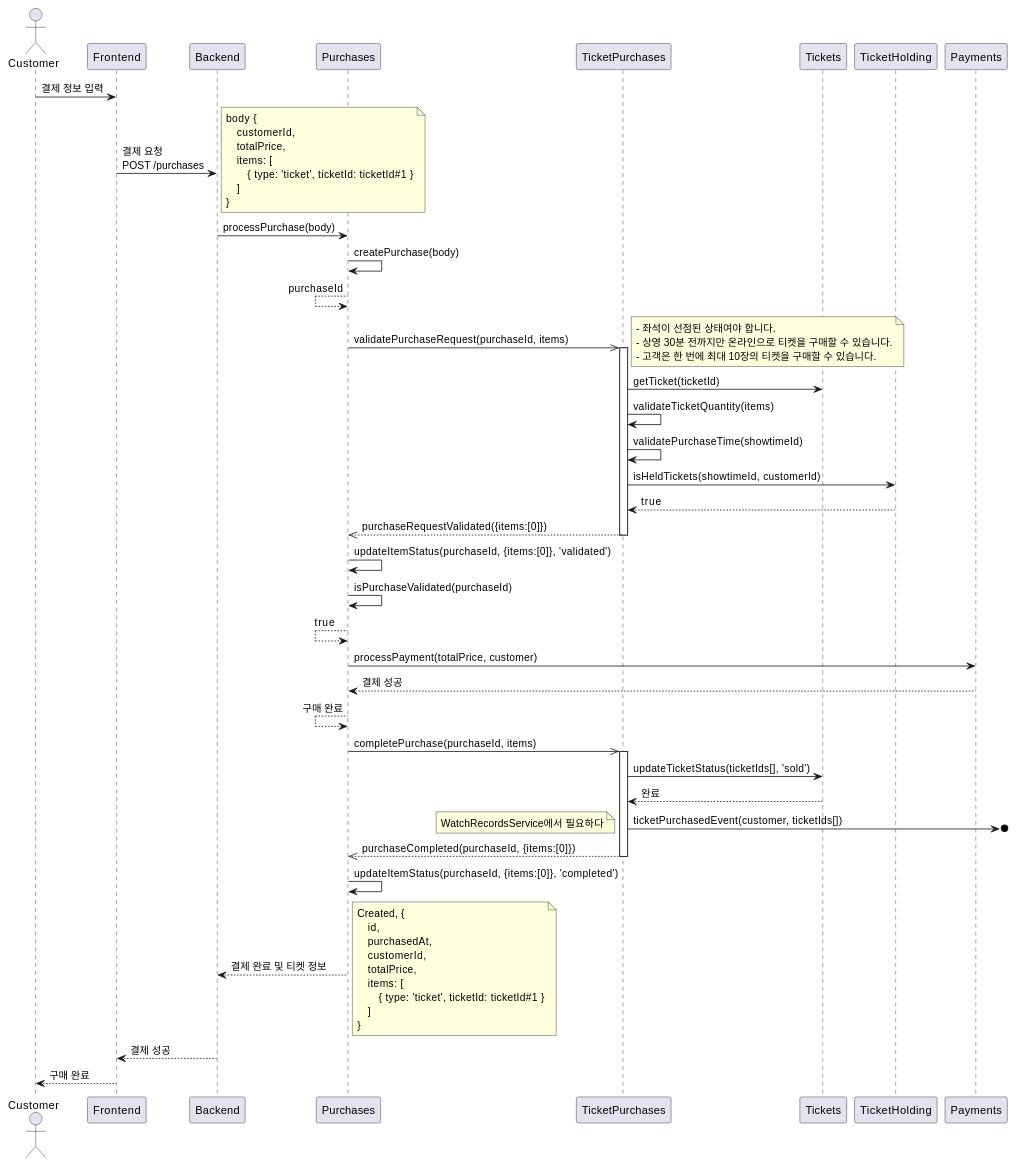
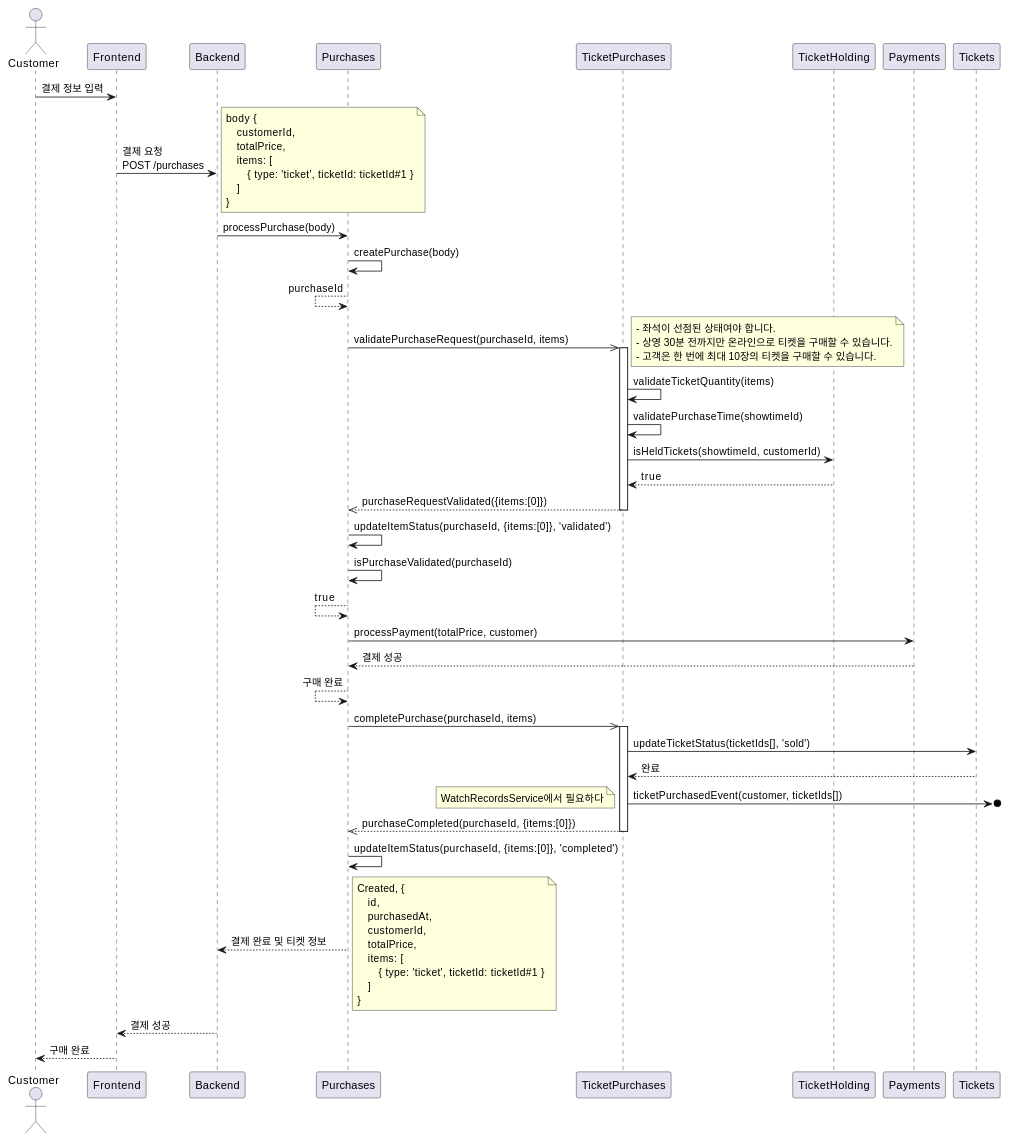
One commit to mannercode/nest-seed changed the third of 4 diagrams in docs/tickets-purchase.md. Above: the diagram before and after it, drawn with PlantUML. The commit also changed other lines of this file and 38 other files, not shown here.

````diff
--- a/docs/tickets-purchase.md
+++ b/docs/tickets-purchase.md
@@ -181,65 +181,64 @@
 ```plantuml
 @startuml
 actor Customer
 
 Customer -> Frontend: 결제 정보 입력
     Frontend -> Backend: 결제 요청\nPOST /purchases
     note right
         body {
             customerId,
             totalPrice,
             items: [
                 { type: 'ticket', ticketId: ticketId#1 }
             ]
         }
     end note
         Backend -> Purchases: processPurchase(body)
             Purchases -> Purchases: createPurchase(body)
             Purchases <-- Purchases: purchaseId
             Purchases ->> TicketPurchases: validatePurchaseRequest(purchaseId, items)
             activate TicketPurchases
             note right
                 - 좌석이 선점된 상태여야 합니다.
                 - 상영 30분 전까지만 온라인으로 티켓을 구매할 수 있습니다.
                 - 고객은 한 번에 최대 10장의 티켓을 구매할 수 있습니다.
             end note
-            TicketPurchases -> Tickets: getTicket(ticketId)
             TicketPurchases -> TicketPurchases: validateTicketQuantity(items)
             TicketPurchases -> TicketPurchases: validatePurchaseTime(showtimeId)
             TicketPurchases -> TicketHolding: isHeldTickets(showtimeId, customerId)
             TicketPurchases <-- TicketHolding: true
             Purchases <<-- TicketPurchases: purchaseRequestValidated({items:[0]})
             deactivate TicketPurchases
             Purchases -> Purchases: updateItemStatus(purchaseId, {items:[0]}, 'validated')
             Purchases -> Purchases: isPurchaseValidated(purchaseId)
             Purchases <-- Purchases: true
             Purchases -> Payments: processPayment(totalPrice, customer)
             Purchases <-- Payments: 결제 성공
             Purchases <-- Purchases: 구매 완료
             Purchases ->> TicketPurchases: completePurchase(purchaseId, items)
             activate TicketPurchases
                 TicketPurchases -> Tickets: updateTicketStatus(ticketIds[], 'sold')
                 TicketPurchases <-- Tickets: 완료
                 TicketPurchases ->o]: ticketPurchasedEvent(customer, ticketIds[])
                 note left
                     WatchRecordsService에서 필요하다
                 end note
             Purchases <<-- TicketPurchases: purchaseCompleted(purchaseId, {items:[0]})
             deactivate TicketPurchases
             Purchases -> Purchases: updateItemStatus(purchaseId, {items:[0]}, 'completed')
         Backend <-- Purchases: 결제 완료 및 티켓 정보
         note right
             Created, {
                 id,
                 purchasedAt,
                 customerId,
                 totalPrice,
                 items: [
                     { type: 'ticket', ticketId: ticketId#1 }
                 ]
             }
         end note
     Frontend <-- Backend: 결제 성공
 Customer <-- Frontend: 구매 완료
 @enduml
 ```
````
